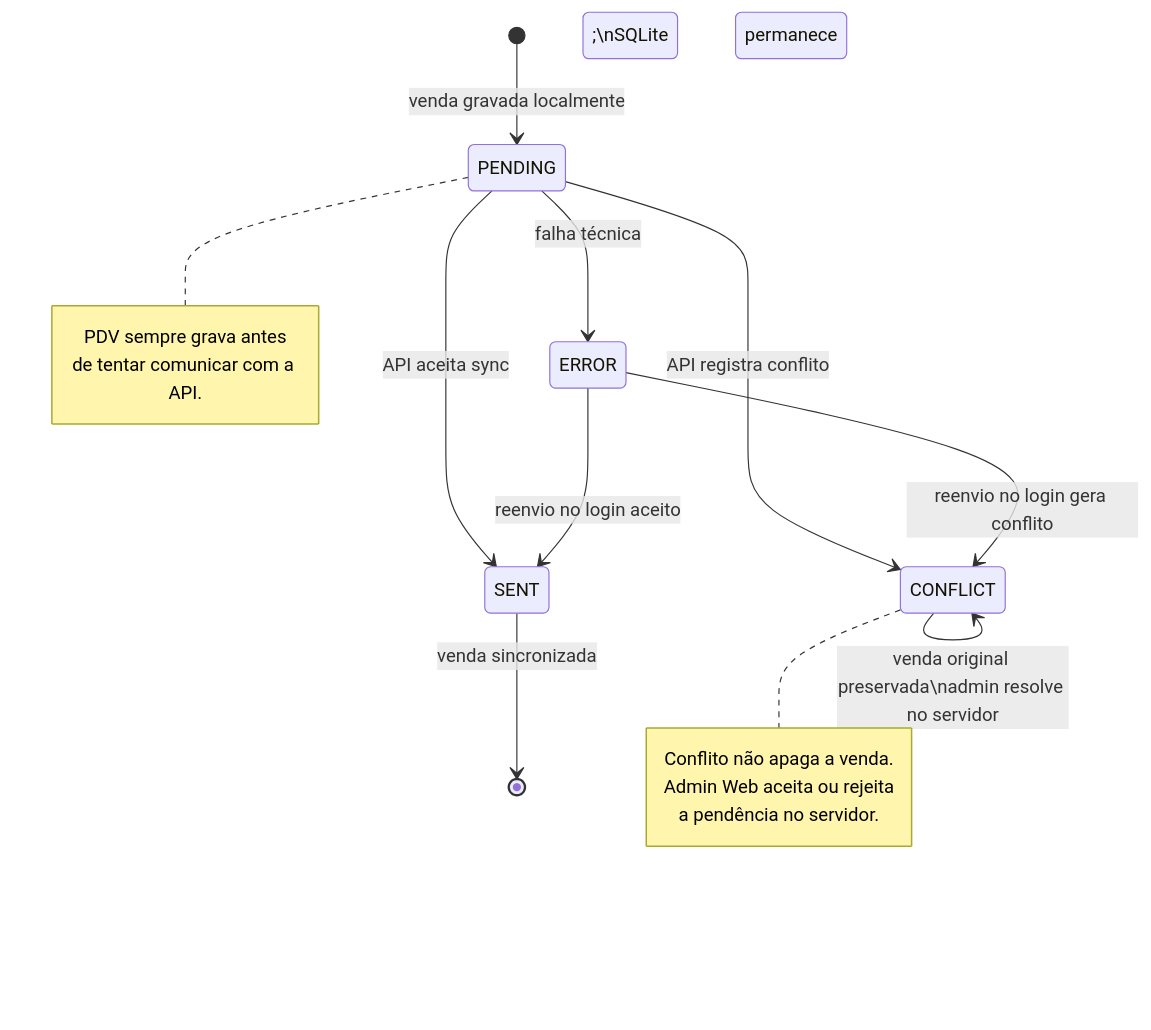
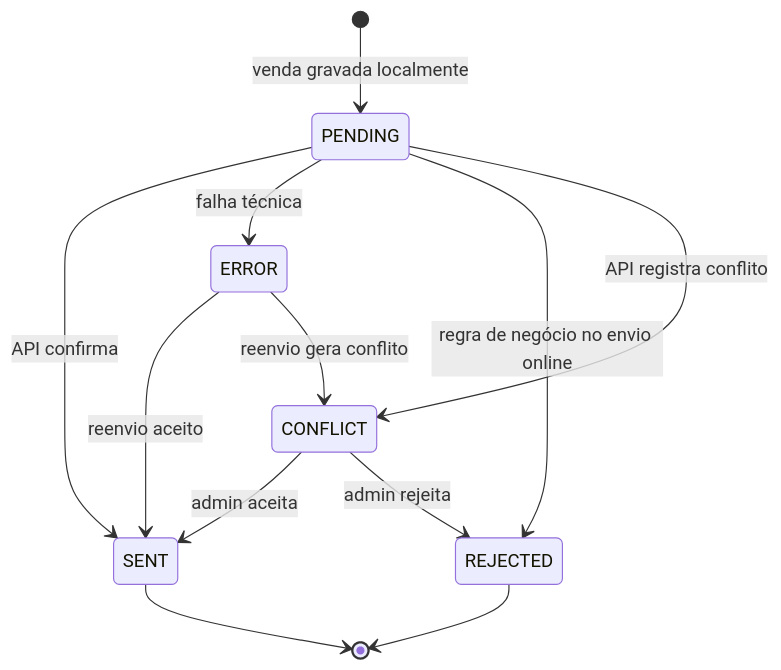
Before and after one commit to Fatech-Ypiranga/Mercado-One-Java: the eighth of 9 diagrams in docs/diagramas.md, drawn with Mermaid. The commit also changed other lines of this file and 9 other files, not shown here.

````diff
--- a/docs/diagramas.md
+++ b/docs/diagramas.md
@@ -517,25 +498,14 @@
 ```mermaid
 stateDiagram-v2
     [*] --> PENDING: venda gravada localmente
-
-    PENDING --> SENT: API aceita sync
+    PENDING --> SENT: API confirma
+    PENDING --> ERROR: falha técnica
+    PENDING --> REJECTED: regra de negócio no envio online
     PENDING --> CONFLICT: API registra conflito
-    PENDING --> ERROR: falha técnica
-
-    ERROR --> SENT: reenvio no login aceito
-    ERROR --> CONFLICT: reenvio no login gera conflito
-
-    CONFLICT --> CONFLICT: venda original preservada\nadmin resolve no servidor;\nSQLite permanece CONFLICT
-    SENT --> [*]: venda sincronizada
-
-    note right of PENDING
-        PDV sempre grava antes
-        de tentar comunicar com a API.
-    end note
-
-    note right of CONFLICT
-        Conflito não apaga a venda.
-        Admin Web aceita ou rejeita
-        a pendência no servidor.
-    end note
+    ERROR --> SENT: reenvio aceito
+    ERROR --> CONFLICT: reenvio gera conflito
+    CONFLICT --> SENT: admin aceita
+    CONFLICT --> REJECTED: admin rejeita
+    SENT --> [*]
+    REJECTED --> [*]
 ```
````
